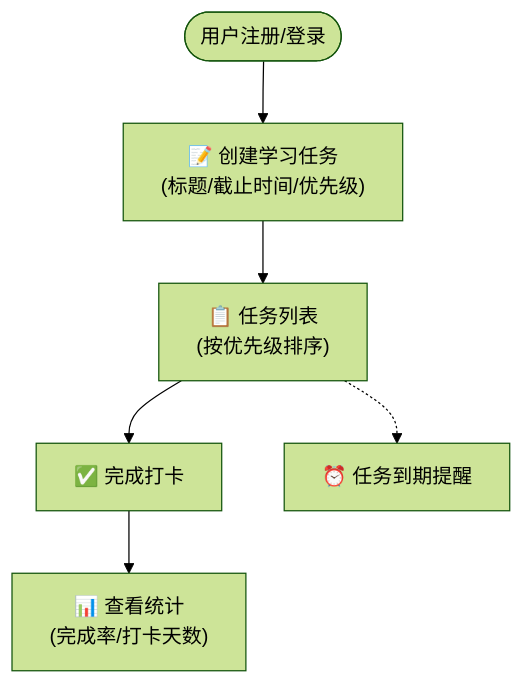
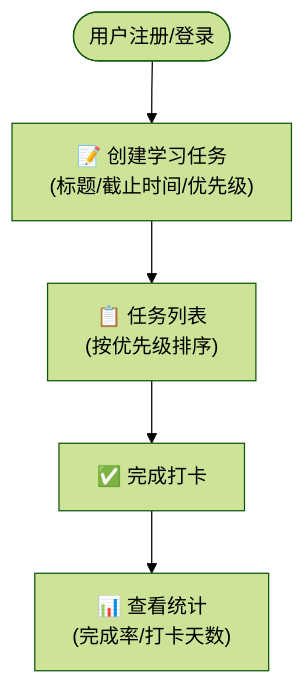
One commit to TonyzzZ666/Study-Agent changed the first of 7 diagrams in 需求报告.md. Above: the diagram before and after it, drawn with Mermaid (forest theme). The commit also changed other lines of this file and 1 other file, not shown here.

````diff
--- a/需求报告.md
+++ b/需求报告.md
@@ -47,8 +46,7 @@
 ```mermaid
 flowchart TD
     A([用户注册/登录]) --> B["📝 创建学习任务<br/>(标题/截止时间/优先级)"]
     B --> C["📋 任务列表<br/>(按优先级排序)"]
     C --> D["✅ 完成打卡"]
     D --> E["📊 查看统计<br/>(完成率/打卡天数)"]
-    C -.-> F["⏰ 任务到期提醒"]
 ```
````
